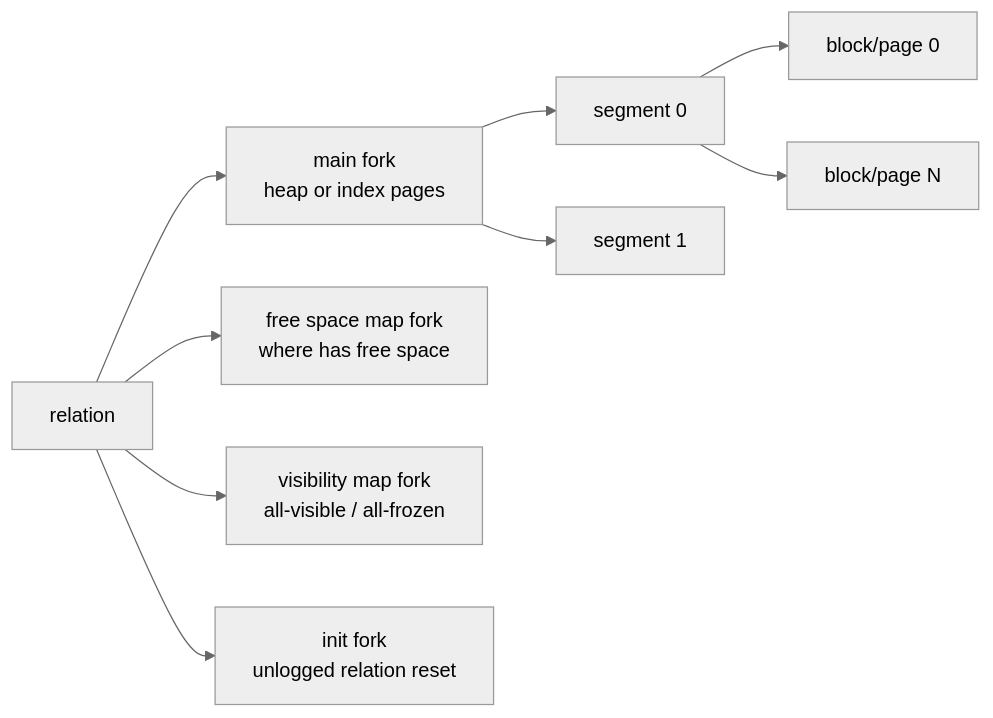
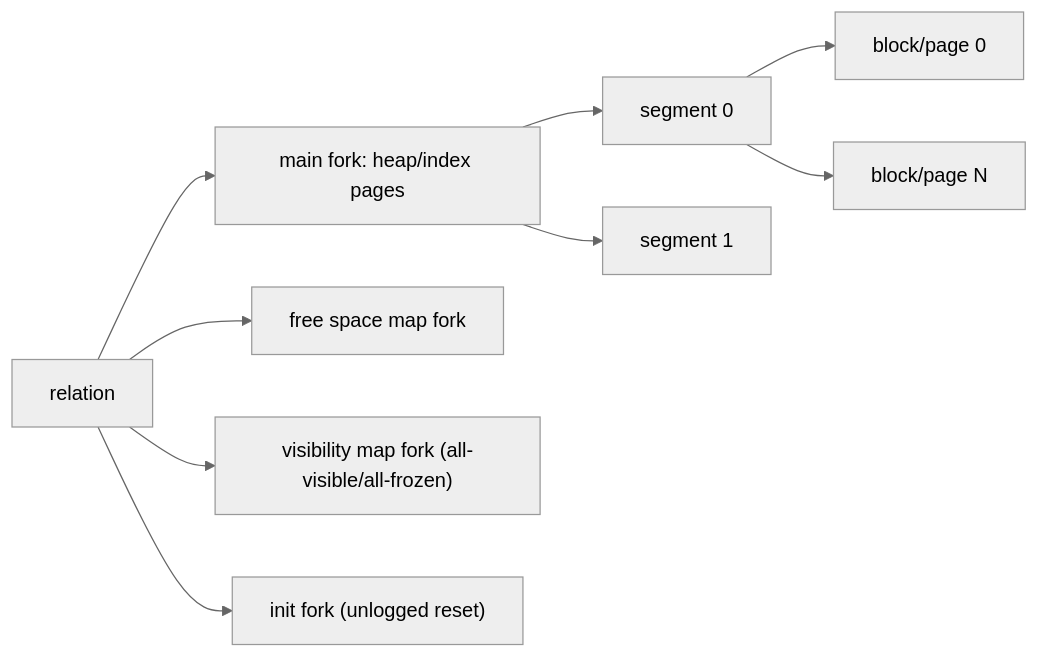
Before and after one commit to Dog-Du/Dog-Du.github.io: the second of 16 diagrams in content/posts/learning-database-industry-day011-2026-06-10-postgresql-oltp-storage.md, drawn with Mermaid (neutral theme). The commit also changed other lines of this file and 2 other files, not shown here.

````diff
--- a/content/posts/learning-database-industry-day011-2026-06-10-postgresql-oltp-storage.md
+++ b/content/posts/learning-database-industry-day011-2026-06-10-postgresql-oltp-storage.md
@@ -194,12 +194,12 @@
 ```mermaid
 flowchart LR
-    Rel[relation] --> Main[main fork<br/>heap or index pages]
-    Rel --> FSM[free space map fork<br/>where has free space]
-    Rel --> VM[visibility map fork<br/>all-visible / all-frozen]
-    Rel --> Init[init fork<br/>unlogged relation reset]
+    Rel[relation] --> Main["main fork: heap/index pages"]
+    Rel --> FSM["free space map fork"]
+    Rel --> VM["visibility map fork (all-visible/all-frozen)"]
+    Rel --> Init["init fork (unlogged reset)"]
 
     Main --> Seg0[segment 0]
     Main --> Seg1[segment 1]
-    Seg0 --> Block0[block/page 0]
-    Seg0 --> BlockN[block/page N]
+    Seg0 --> Block0["block/page 0"]
+    Seg0 --> BlockN["block/page N"]
 ```
````
